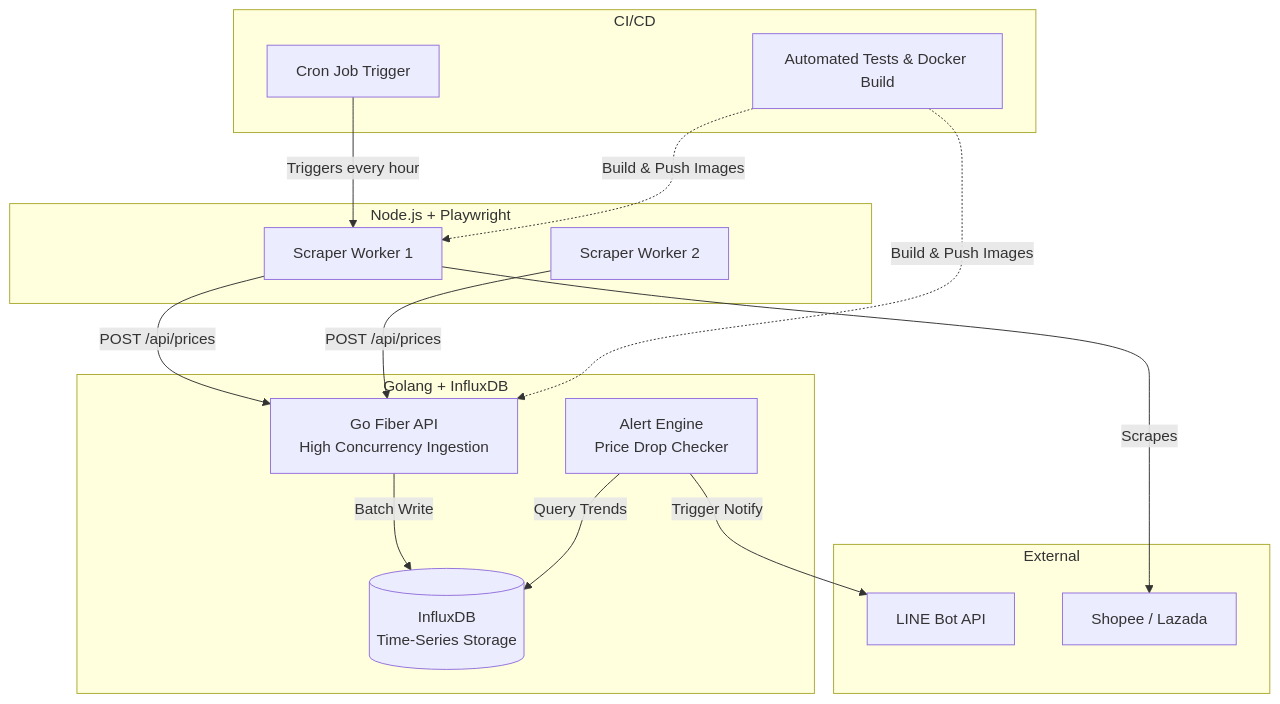
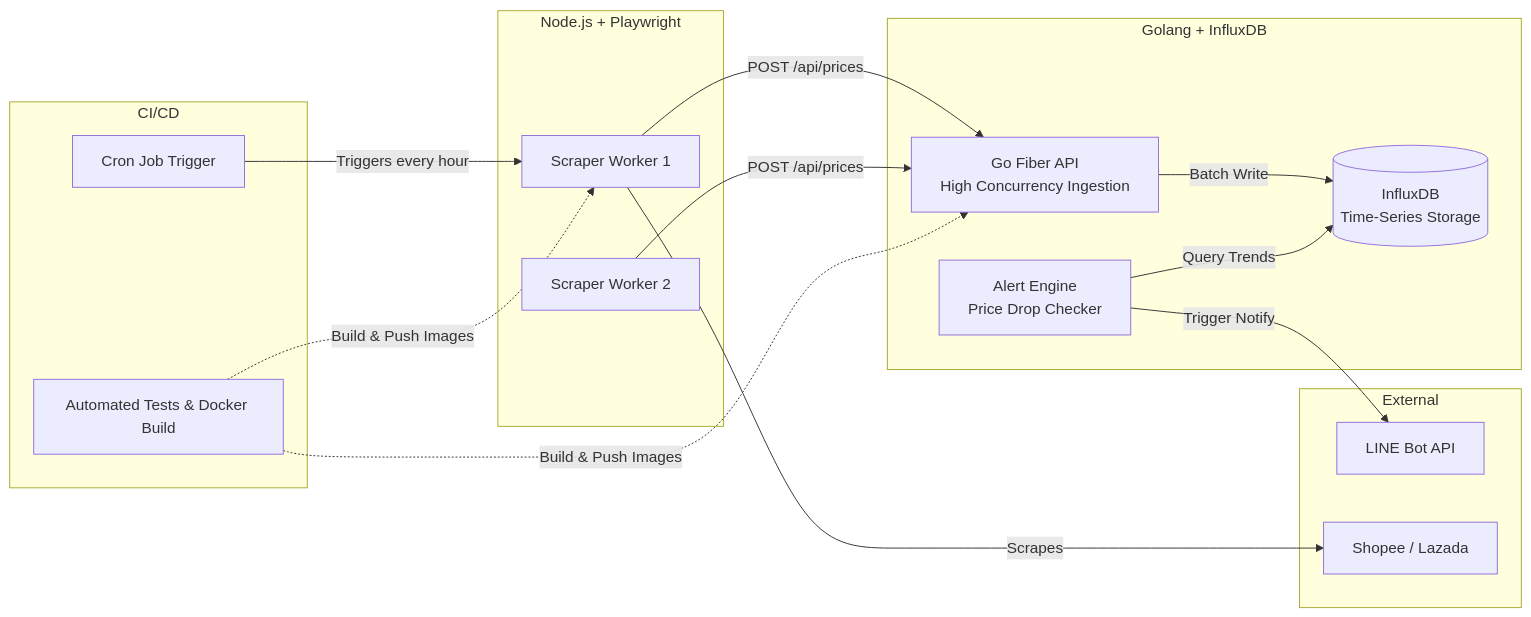
The diagram in OmniTracker_Project.md (thitipongroo/omni-tracker), drawn with Mermaid before and after one commit. The commit also changed 1 other file, not shown here.

Commit message:
update: readme

````diff
--- a/OmniTracker_Project.md
+++ b/OmniTracker_Project.md
@@ -14,33 +14,33 @@
 ```mermaid
-flowchart TD
+flowchart LR
     subgraph GitHub Actions [CI/CD]
         CI[Automated Tests & Docker Build]
         CRON[Cron Job Trigger]
     end
 
     subgraph Scraper Node [Node.js + Playwright]
         S1[Scraper Worker 1]
         S2[Scraper Worker 2]
     end
 
     subgraph Core Platform [Golang + InfluxDB]
         GO[Go Fiber API\nHigh Concurrency Ingestion]
         DB[(InfluxDB\nTime-Series Storage)]
         ALERT[Alert Engine\nPrice Drop Checker]
     end
     
     subgraph External
         LINE[LINE Bot API]
         ECOM[Shopee / Lazada]
     end
 
     CRON -->|Triggers every hour| S1
     S1 -->|Scrapes| ECOM
     S1 -->|POST /api/prices| GO
     S2 -->|POST /api/prices| GO
     GO -->|Batch Write| DB
     ALERT -->|Query Trends| DB
     ALERT -->|Trigger Notify| LINE
     CI -.->|Build & Push Images| S1
     CI -.->|Build & Push Images| GO
 ```
````
